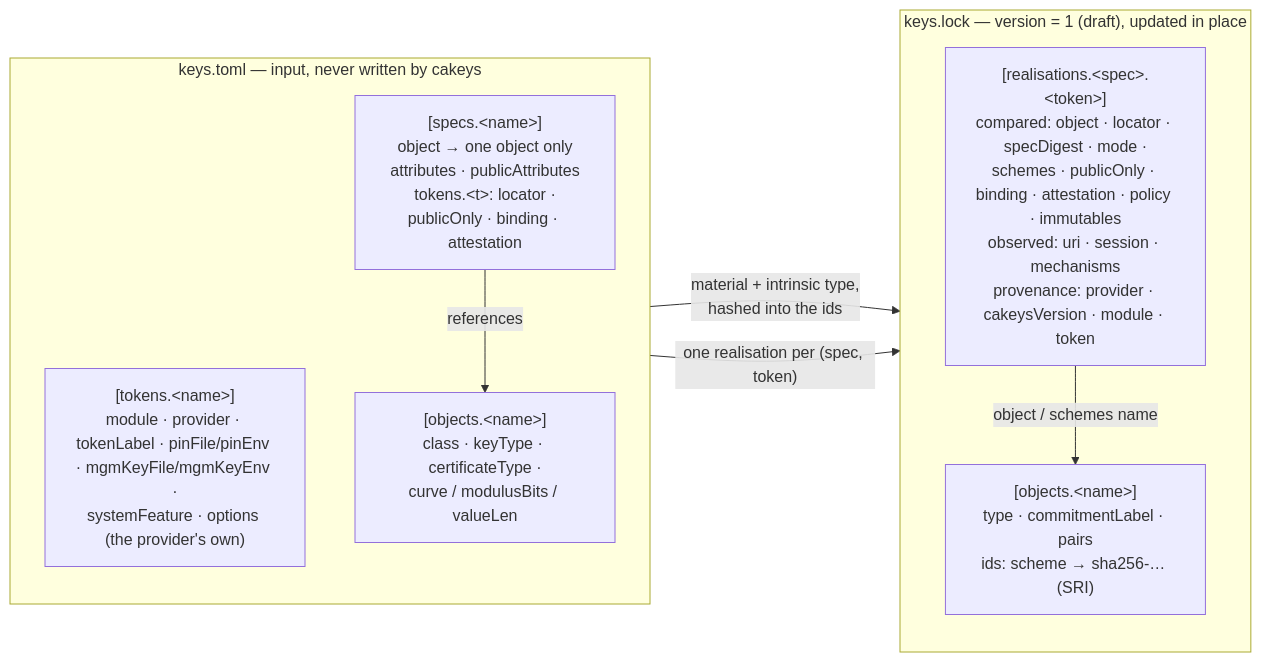
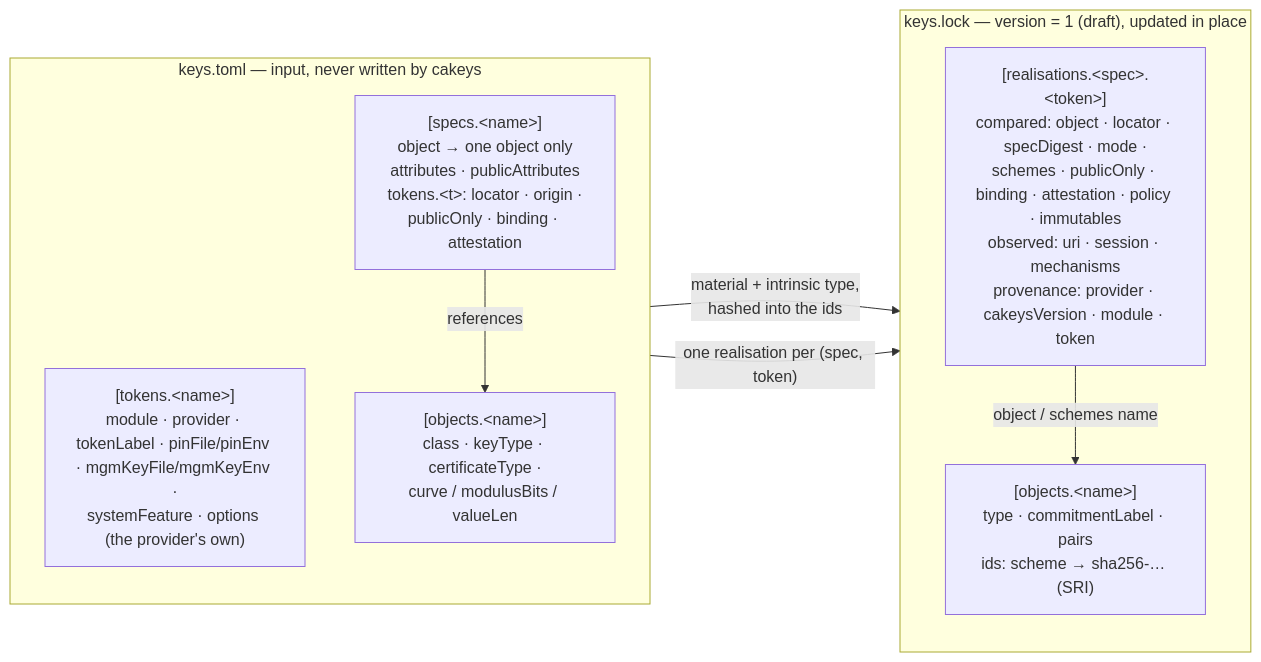
Before and after one commit to Princemachiavelli/cakeys: the first of 5 diagrams in docs/diagrams.md, drawn with Mermaid. The commit also changed 40 other files, not shown here.

````diff
--- a/docs/diagrams.md
+++ b/docs/diagrams.md
@@ -12,20 +12,20 @@
 ```mermaid
 flowchart LR
     subgraph TOML["keys.toml — input, never written by cakeys"]
         direction TB
         T["[tokens.&lt;name&gt;]<br/>module · provider · tokenLabel · pinFile/pinEnv · mgmKeyFile/mgmKeyEnv ·<br/>systemFeature · options (the provider's own)"]
         O["[objects.&lt;name&gt;]<br/>class · keyType · certificateType ·<br/>curve / modulusBits / valueLen"]
-        S["[specs.&lt;name&gt;]<br/>object → one object only<br/>attributes · publicAttributes<br/>tokens.&lt;t&gt;: locator ·<br/>publicOnly · binding · attestation"]
+        S["[specs.&lt;name&gt;]<br/>object → one object only<br/>attributes · publicAttributes<br/>tokens.&lt;t&gt;: locator · origin ·<br/>publicOnly · binding · attestation"]
         S -- references --> O
     end
 
     subgraph LOCK["keys.lock — version = 1 (draft), updated in place"]
         direction TB
         LO["[objects.&lt;name&gt;]<br/>type · commitmentLabel · pairs<br/>ids: scheme → sha256-… (SRI)"]
         LR["[realisations.&lt;spec&gt;.&lt;token&gt;]<br/>compared: object · locator · specDigest · mode ·<br/>schemes · publicOnly · binding · attestation · policy · immutables<br/>observed: uri · session · mechanisms<br/>provenance: provider · cakeysVersion · module · token"]
         LR -- "object / schemes name" --> LO
     end
 
     O -- "material + intrinsic type,<br/>hashed into the ids" --> LO
     S -- "one realisation per (spec, token)" --> LR
 ```
````
